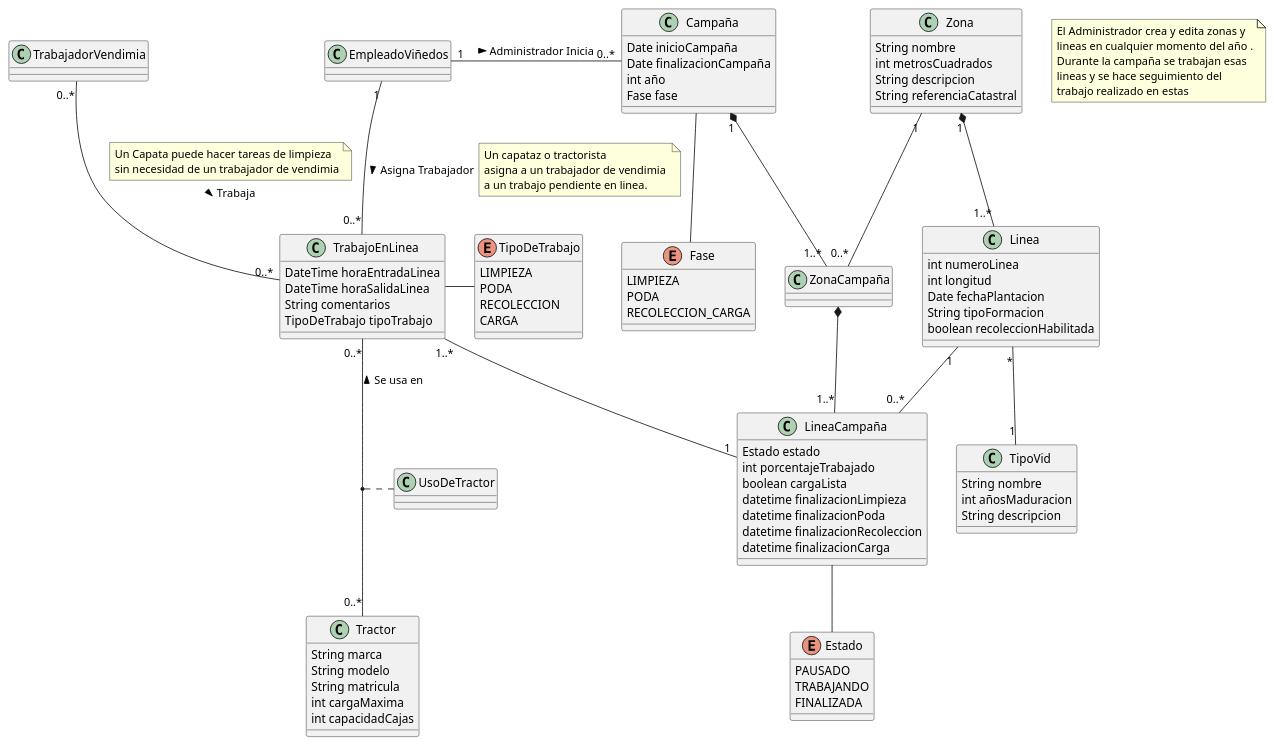
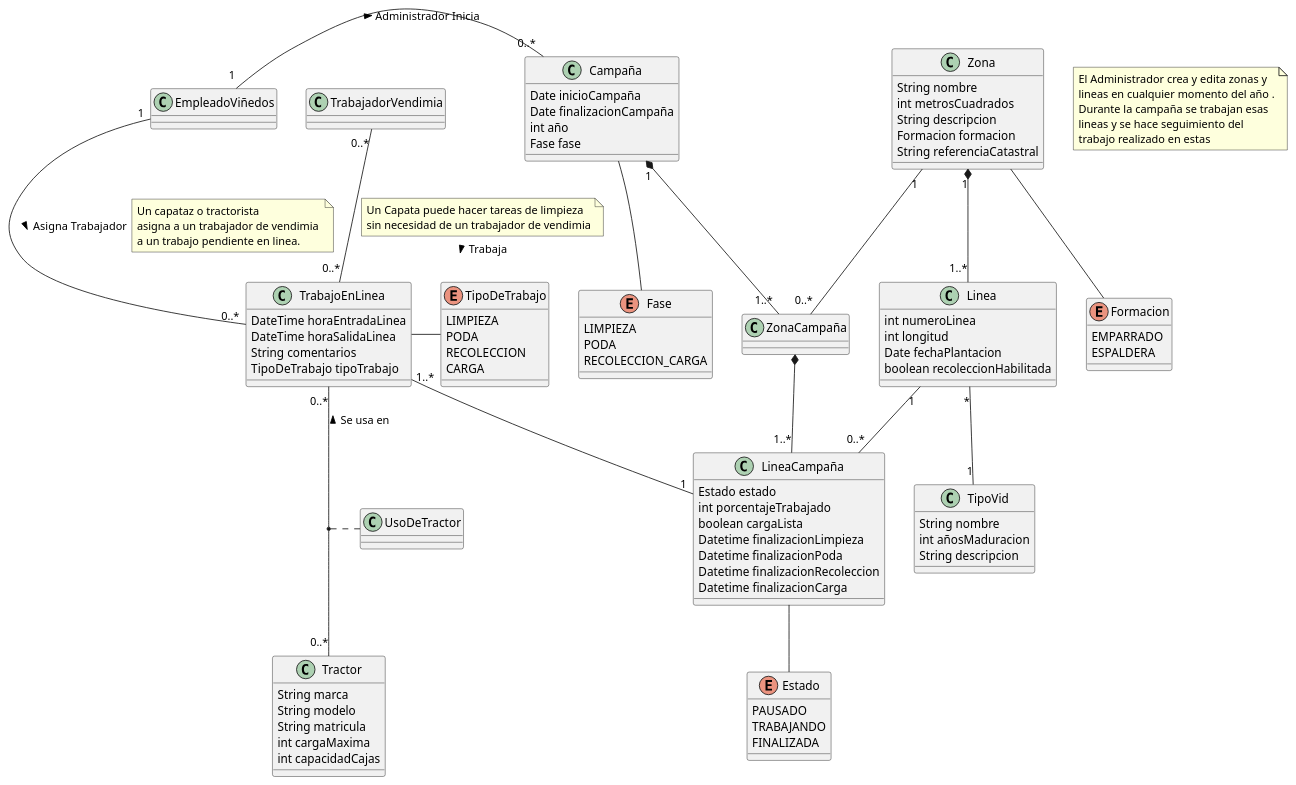
Before and after one commit to mateotd2/TFG_Harvest_Doc: the diagram in Clases Persistentes UML/Zona-Lineas.wsd, drawn with PlantUML. The commit also changed 6 other files, not shown here.

Commit message:
Añadidas imagenes y ligeras modificaciones de UML, Listo para iniciar proyecto

```diff
--- a/Clases Persistentes UML/Zona-Lineas.wsd
+++ b/Clases Persistentes UML/Zona-Lineas.wsd
@@ -1,160 +1,156 @@
 @startuml CapaPersistencia1
 
 
 class Zona {
     String nombre
     int metrosCuadrados
     String descripcion
+    Formacion formacion
     String referenciaCatastral
-    
+}
 
+enum Formacion{
+    EMPARRADO
+    ESPALDERA
 }
 
 note as N1
     El Administrador crea y edita zonas y 
     lineas en cualquier momento del año .
     Durante la campaña se trabajan esas 
     lineas y se hace seguimiento del
     trabajo realizado en estas
 end note
 class Linea {
     int numeroLinea
     int longitud
     Date fechaPlantacion
-    String tipoFormacion
     boolean recoleccionHabilitada
 }
 
 class TipoVid{
     String nombre
     int añosMaduracion
     String descripcion
 }
 
 class TrabajadorVendimia{
 
 }
 
 
 class TrabajoEnLinea{
     DateTime horaEntradaLinea
     DateTime horaSalidaLinea
     String comentarios
     TipoDeTrabajo tipoTrabajo
 }
 
 Enum TipoDeTrabajo{
     LIMPIEZA
     PODA
     RECOLECCION
     CARGA
 
 }
 
 class Campaña{
     Date inicioCampaña
     Date finalizacionCampaña
     int año
     Fase fase
 
 }
 
 class LineaCampaña{
     Estado estado
     int porcentajeTrabajado
     boolean cargaLista
-    datetime finalizacionLimpieza
-    datetime finalizacionPoda
-    datetime finalizacionRecoleccion
-    datetime finalizacionCarga
+    Datetime finalizacionLimpieza
+    Datetime finalizacionPoda
+    Datetime finalizacionRecoleccion
+    Datetime finalizacionCarga
 }
 
 enum Estado{
     PAUSADO
     TRABAJANDO
     FINALIZADA
 }
 
 enum Fase{
     LIMPIEZA
     PODA
     RECOLECCION_CARGA
 }
 
-
-' note right of Estado
-'     El estado nos proporcionara el estado actual 
-'     de una linea durante la campaña
-'     PODRIA DIVIDIRLO EN DOS? 
-'         Estados(SIN_EMPEZAR,, PAUSADO, FINALIZADA)
-'          y EstadosProgreso( LIMPIANDO, RECOLECTANDO, RECOGIENDO)
-'          RECOLECCION_DESHABILITADA no creo que me haga falta
-' end note
 
 class ZonaCampaña{
     
 }
 
 
 class EmpleadoViñedos{
 }
 
 class Tractor{
     String marca
     String modelo
     String matricula
     int cargaMaxima
     int capacidadCajas
 }
 
 class UsoDeTractor{
     
 }
  
+
+Zona -- Formacion 
 
 TrabajoEnLinea "0..*" -up- "0..*" Tractor : > Se usa en 
 
 (TrabajoEnLinea,Tractor) ..  UsoDeTractor
 
 EmpleadoViñedos "1" -- "0..*" TrabajoEnLinea : Asigna Trabajador >
 note right on link
     Un capataz o tractorista
     asigna a un trabajador de vendimia 
     a un trabajo pendiente en linea.
 end note
 
 EmpleadoViñedos "1  "-right- "0..*" Campaña : Administrador Inicia >
 
 TrabajadorVendimia "0..*" -- "0..*" TrabajoEnLinea : Trabaja >
 note top on link
     Un Capata puede hacer tareas de limpieza 
     sin necesidad de un trabajador de vendimia
 end note
 
 
 ' EmpleadoViñedos "1" -- "0..*" Zona : administra >
 
 Zona "1" *-- "1..*" Linea
 Linea "*" -- "1" TipoVid
 
 
 TrabajoEnLinea "1..*" --  "1" LineaCampaña
 
 TrabajoEnLinea -right- TipoDeTrabajo
 
 Linea "1" --  "0..*" LineaCampaña
 Zona "1" -- "0..*"  ZonaCampaña 
 
 LineaCampaña -- Estado
 
 Campaña "1" *-- "1..*" ZonaCampaña
 ZonaCampaña *-- "1..*" LineaCampaña 
 
 Campaña -- Fase
 
 
 
 
 ' Problema: Que pasa si una linea es deshabilitada a mitad de campaña? DEBE DESHABILITARSE de la campaña si no se hizo recoleccion. PROBAR ESTO
 
 @enduml
```
